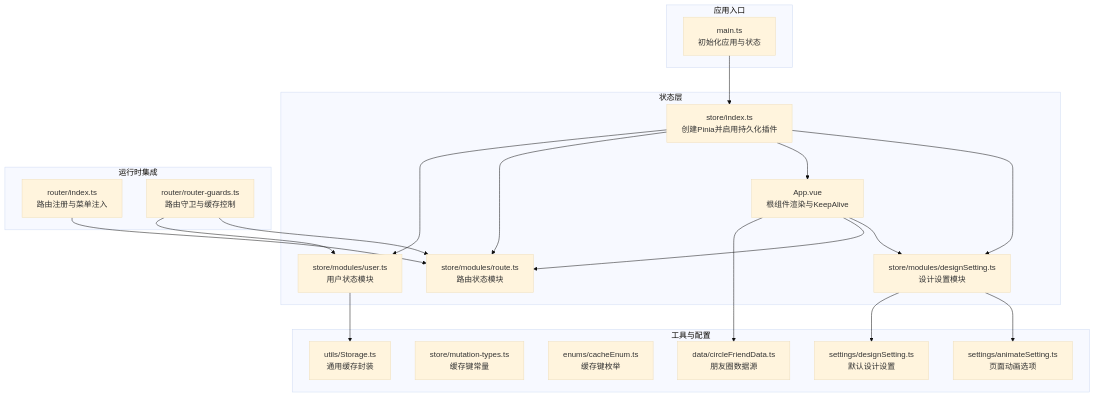
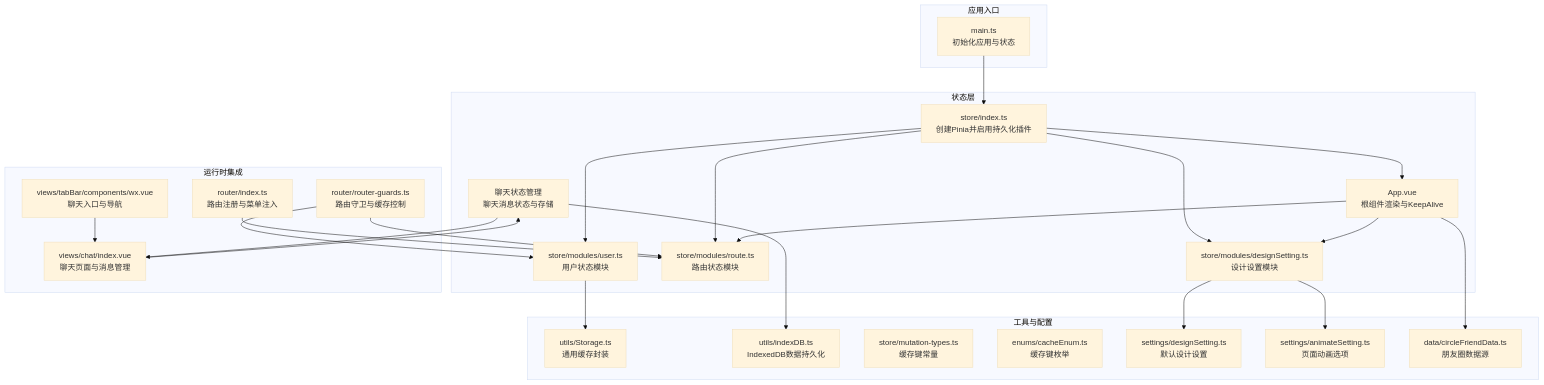
The first of 10 diagrams in .qoder/repowiki/zh/content/核心系统/状态管理系统/状态管理系统.md (giserman001/vue3-vant4-mobile), drawn with Mermaid (base theme) before and after one commit. The commit also changed other lines of this file and 17 other files, not shown here.

First line of the commit message:
docs(icon-system): 补充微信风格图标系统文档及架构说明

````diff
--- a/.qoder/repowiki/zh/content/核心系统/状态管理系统/状态管理系统.md
+++ b/.qoder/repowiki/zh/content/核心系统/状态管理系统/状态管理系统.md
@@ -51,40 +57,48 @@
 ```mermaid
 graph TB
 subgraph "应用入口"
 MAIN["main.ts<br/>初始化应用与状态"]
 end
 subgraph "状态层"
 PINIA["store/index.ts<br/>创建Pinia并启用持久化插件"]
 USER["store/modules/user.ts<br/>用户状态模块"]
 ROUTE["store/modules/route.ts<br/>路由状态模块"]
 APP["store/modules/app.ts<br/>应用状态模块"]
 DESIGN["store/modules/designSetting.ts<br/>设计设置模块"]
+CHAT["聊天状态管理<br/>聊天消息状态与存储"]
 end
 subgraph "工具与配置"
 STORAGE["utils/Storage.ts<br/>通用缓存封装"]
+INDEXEDDB["utils/indexDB.ts<br/>IndexedDB数据持久化"]
 MUTYPES["store/mutation-types.ts<br/>缓存键常量"]
 CACHEENUM["enums/cacheEnum.ts<br/>缓存键枚举"]
 DESIGNSET["settings/designSetting.ts<br/>默认设计设置"]
 ANIMATE["settings/animateSetting.ts<br/>页面动画选项"]
 CIRCLEFRIEND["data/circleFriendData.ts<br/>朋友圈数据源"]
 end
 subgraph "运行时集成"
 APP["App.vue<br/>根组件渲染与KeepAlive"]
 ROUTER["router/index.ts<br/>路由注册与菜单注入"]
 GUARDS["router/router-guards.ts<br/>路由守卫与缓存控制"]
+CHATVIEW["views/chat/index.vue<br/>聊天页面与消息管理"]
+TABBAR["views/tabBar/components/wx.vue<br/>聊天入口与导航"]
 end
 MAIN --> PINIA
 PINIA --> USER
 PINIA --> ROUTE
 PINIA --> APP
 PINIA --> DESIGN
 USER --> STORAGE
 DESIGN --> DESIGNSET
 DESIGN --> ANIMATE
 APP --> CIRCLEFRIEND
+CHAT --> INDEXEDDB
+CHAT --> CHATVIEW
+CHATVIEW --> CHAT
+TABBAR --> CHATVIEW
 ROUTER --> ROUTE
 GUARDS --> USER
 GUARDS --> ROUTE
 APP --> ROUTE
 APP --> DESIGN
 ```
````
